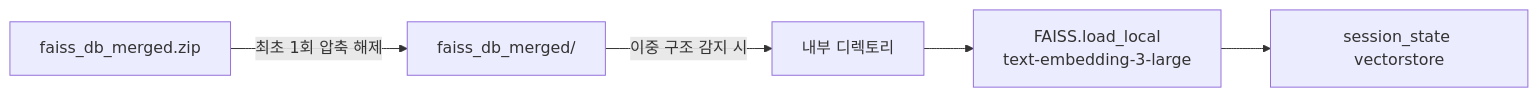
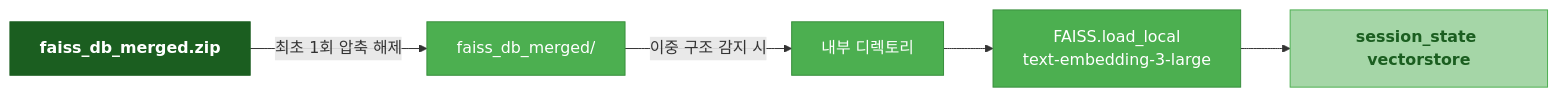
One commit to young017/VEGAN changed the third of 3 diagrams in README.md. Above: the diagram before and after it, drawn with Mermaid. The commit also changed other lines of this file, not shown here.

````diff
--- a/README.md
+++ b/README.md
@@ -63,7 +70,11 @@
 ```mermaid
 flowchart LR
-    A[faiss_db_merged.zip] -->|최초 1회 압축 해제| B[faiss_db_merged/]
-    B -->|이중 구조 감지 시| C[내부 디렉토리]
-    C --> D[FAISS.load_local\ntext-embedding-3-large]
-    D --> E[session_state vectorstore]
+    classDef file   fill:#1b5e20,stroke:#1b5e20,color:#fff,font-weight:bold
+    classDef proc   fill:#4CAF50,stroke:#388E3C,color:#fff
+    classDef result fill:#A5D6A7,stroke:#4CAF50,color:#1b5e20,font-weight:bold
+
+    A[faiss_db_merged.zip]:::file -->|최초 1회 압축 해제| B[faiss_db_merged/]:::proc
+    B -->|이중 구조 감지 시| C[내부 디렉토리]:::proc
+    C --> D[FAISS.load_local\ntext-embedding-3-large]:::proc
+    D --> E[session_state vectorstore]:::result
 ```
````
